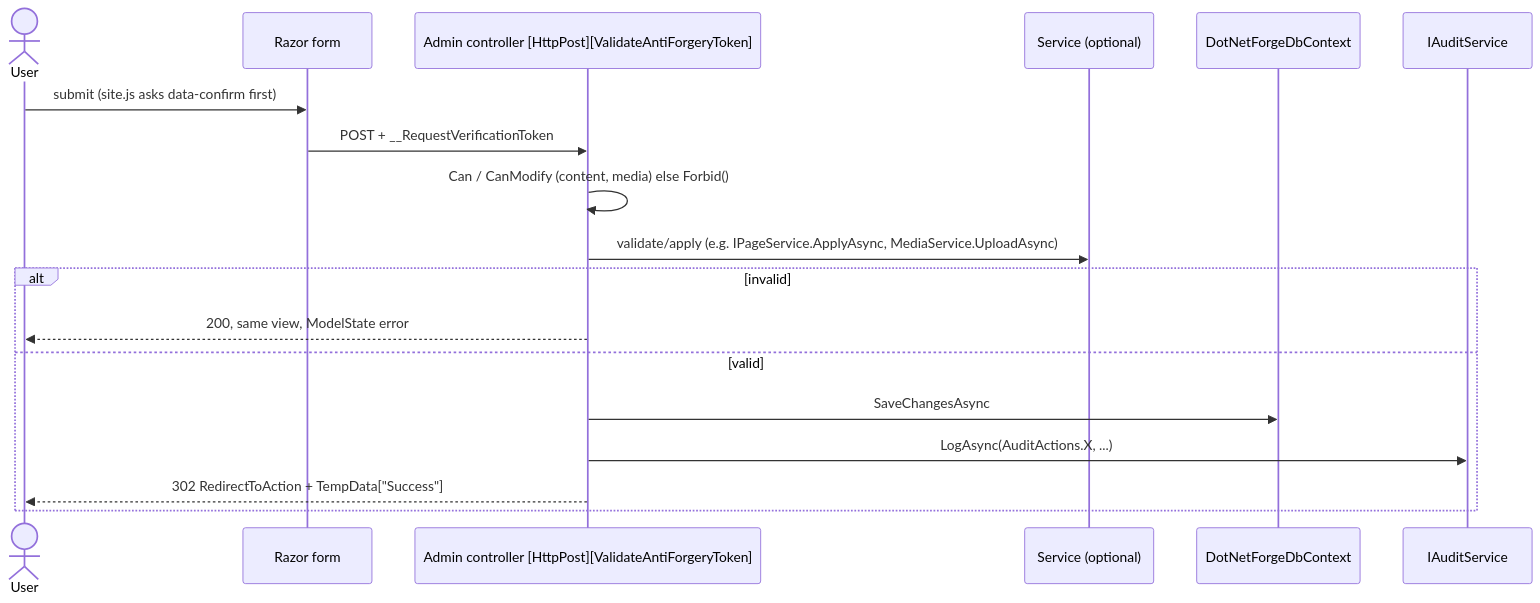
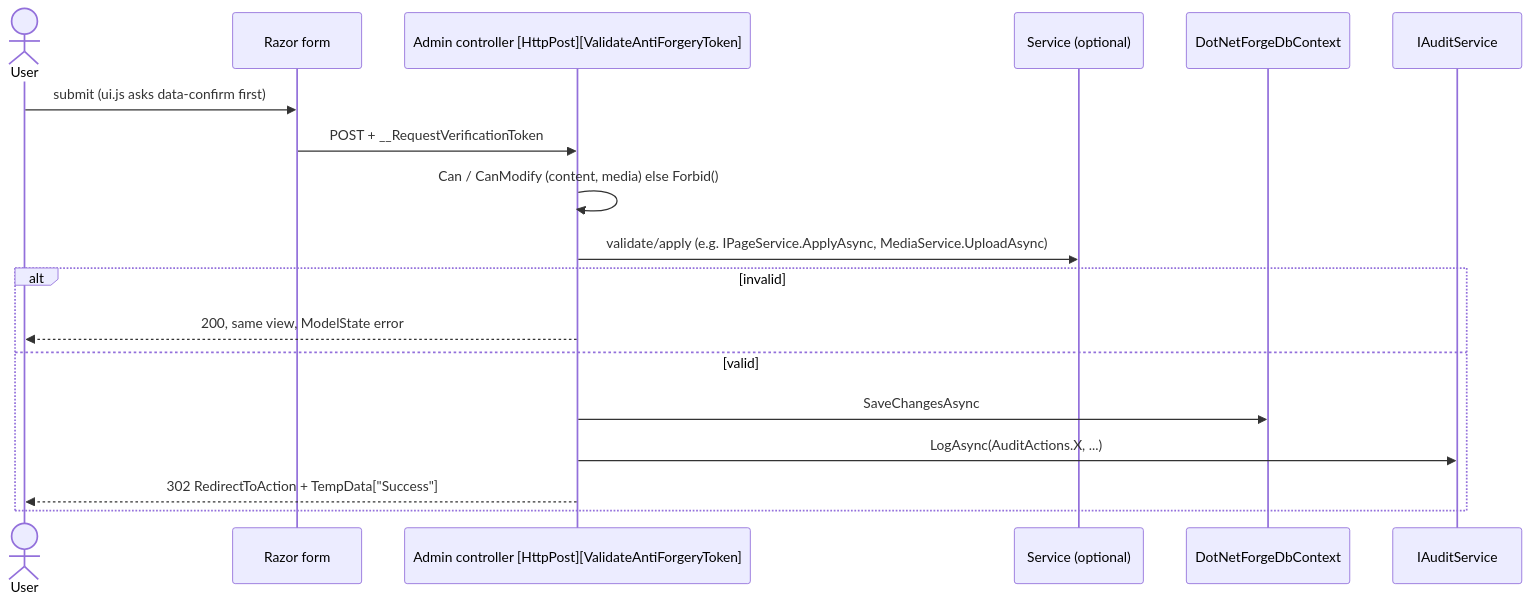
The third of 3 diagrams in .docs/architecture/pages.md (Albadit/DotNetForge), drawn with Mermaid before and after one commit. The commit also changed other lines of this file and 454 other files, not shown here.

````diff
--- a/.docs/architecture/pages.md
+++ b/.docs/architecture/pages.md
@@ -152,20 +187,20 @@
 ```mermaid
 sequenceDiagram
     actor User
     participant Form as Razor form
     participant Ctl as Admin controller [HttpPost][ValidateAntiForgeryToken]
     participant Svc as Service (optional)
     participant DB as DotNetForgeDbContext
     participant Aud as IAuditService
-    User->>Form: submit (site.js asks data-confirm first)
+    User->>Form: submit (ui.js asks data-confirm first)
     Form->>Ctl: POST + __RequestVerificationToken
     Ctl->>Ctl: Can / CanModify (content, media) else Forbid()
     Ctl->>Svc: validate/apply (e.g. IPageService.ApplyAsync, MediaService.UploadAsync)
     alt invalid
         Ctl-->>User: 200, same view, ModelState error
     else valid
         Ctl->>DB: SaveChangesAsync
         Ctl->>Aud: LogAsync(AuditActions.X, ...)
         Ctl-->>User: 302 RedirectToAction + TempData["Success"]
     end
 ```
````
